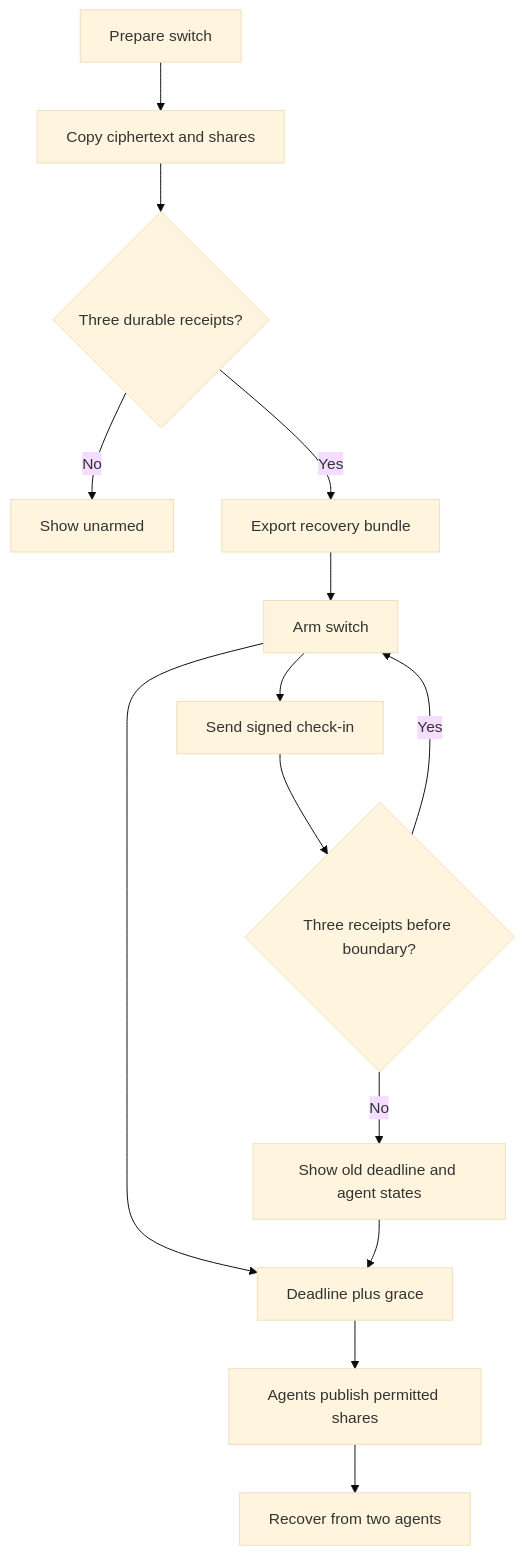
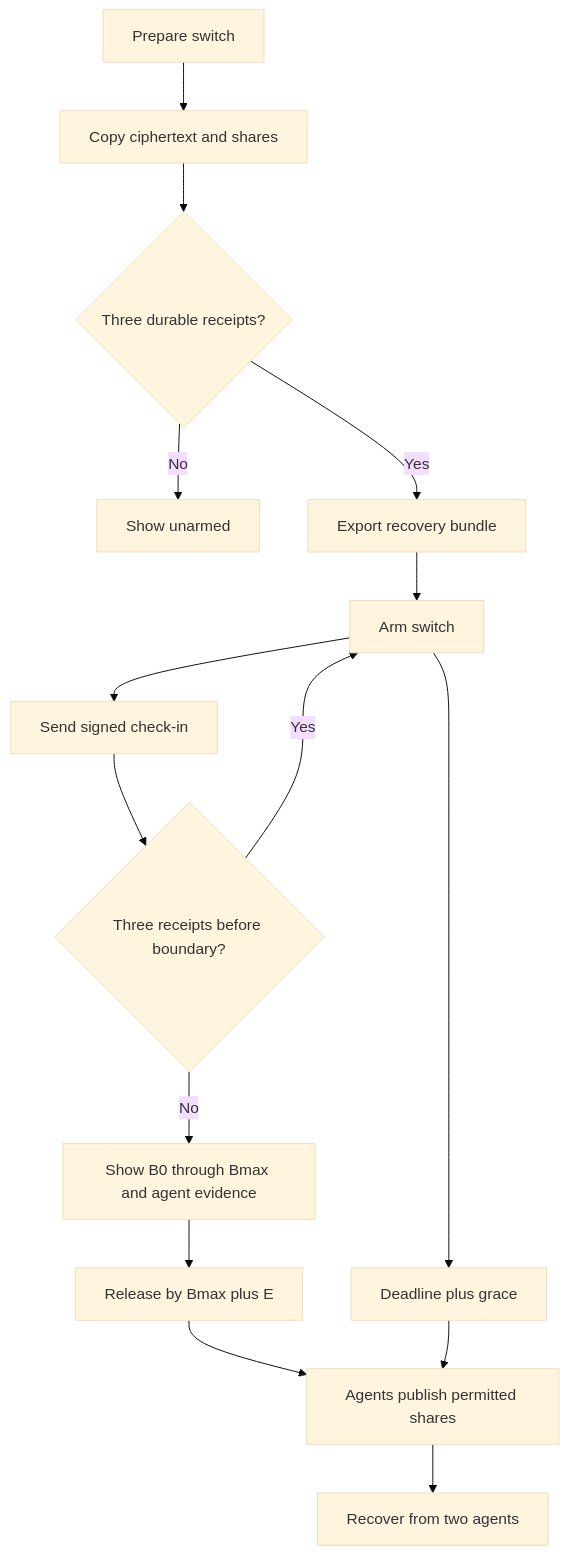
One commit to Crank-Git/epochalypse changed the diagram in docs/specs/features/05-switches.md. Above: the diagram before and after it, drawn with Mermaid (base theme). The commit also changed other lines of this file and 13 other files, not shown here.

````diff
--- a/docs/specs/features/05-switches.md
+++ b/docs/specs/features/05-switches.md
@@ -35,16 +35,17 @@
 ```mermaid
 flowchart TD
  Draft[Prepare switch] --> Replicate[Copy ciphertext and shares]
  Replicate --> Confirm{Three durable receipts?}
  Confirm -->|No| Unarmed[Show unarmed]
  Confirm -->|Yes| Export[Export recovery bundle]
  Export --> Arm[Arm switch]
  Arm --> Checkin[Send signed check-in]
  Checkin --> Renewed{Three receipts before boundary?}
  Renewed -->|Yes| Arm
- Renewed -->|No| Uncertain[Show old deadline and agent states]
+ Renewed -->|No| Uncertain[Show B0 through Bmax and agent evidence]
  Arm --> Deadline[Deadline plus grace]
- Uncertain --> Deadline
+ Uncertain --> Bound[Release by Bmax plus E]
+ Bound --> Shares
  Deadline --> Shares[Agents publish permitted shares]
  Shares --> Recover[Recover from two agents]
 ```
````
